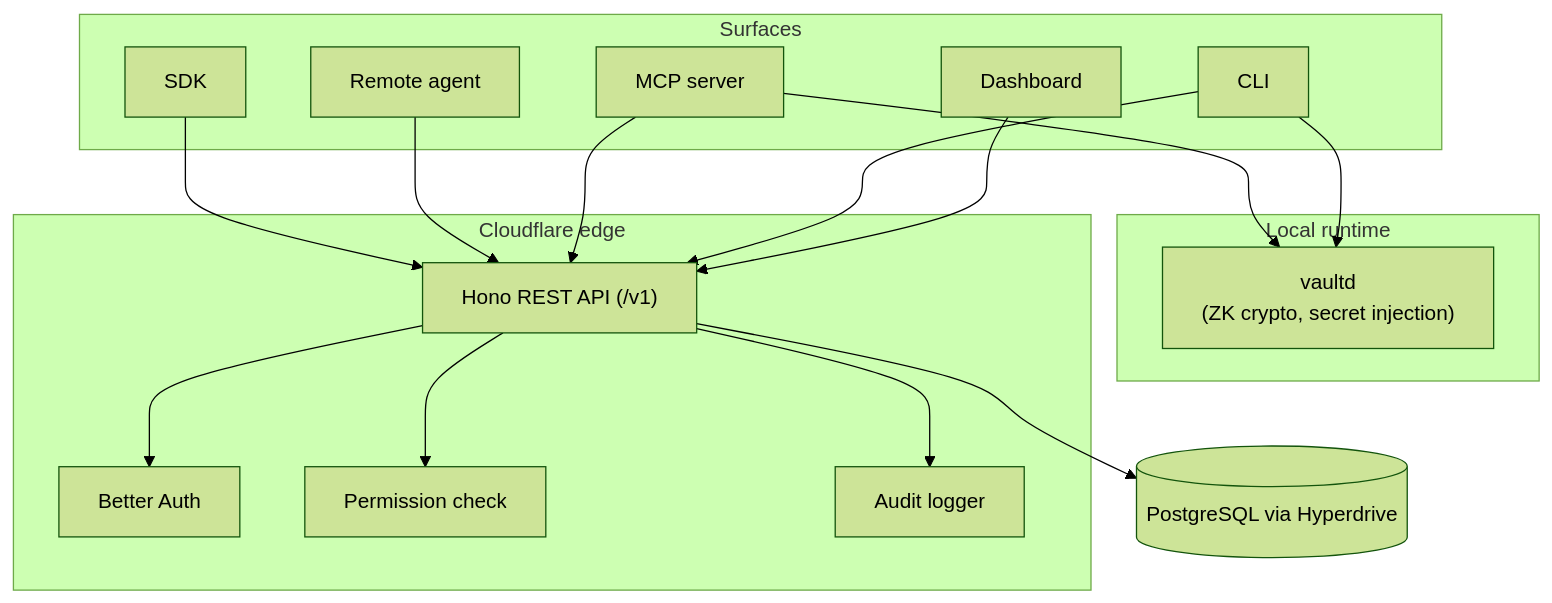
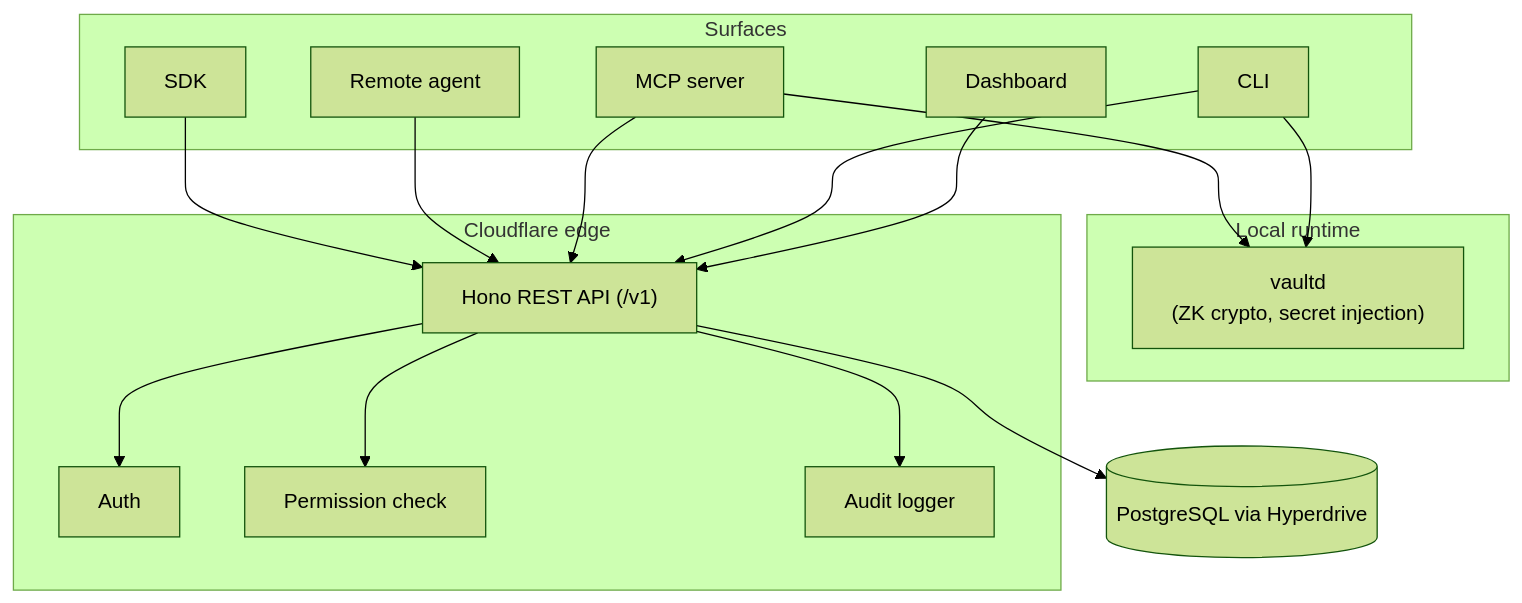
The diagram in apps/docs/architecture.mdx (punitarani/abadge), drawn with Mermaid (forest theme) before and after one commit. The commit also changed other lines of this file and 16 other files, not shown here.

````diff
--- a/apps/docs/architecture.mdx
+++ b/apps/docs/architecture.mdx
@@ -10,36 +10,36 @@
 ```mermaid
 flowchart TD
   subgraph Surfaces["Surfaces"]
     Dashboard["Dashboard"]
     CLI["CLI"]
     MCP["MCP server"]
     Remote["Remote agent"]
     SDK["SDK"]
   end
 
   subgraph LocalRuntime["Local runtime"]
     Daemon["vaultd<br/>(ZK crypto, secret injection)"]
   end
 
   subgraph Edge["Cloudflare edge"]
     API["Hono REST API (/v1)"]
-    Auth["Better Auth"]
+    Auth["Auth"]
     Policy["Permission check"]
     Audit["Audit logger"]
   end
 
   DB[(PostgreSQL via Hyperdrive)]
 
   Dashboard --> API
   CLI --> API
   CLI --> Daemon
   MCP --> API
   MCP --> Daemon
   Remote --> API
   SDK --> API
 
   API --> Auth
   API --> Policy
   API --> Audit
   API --> DB
 ```
````
